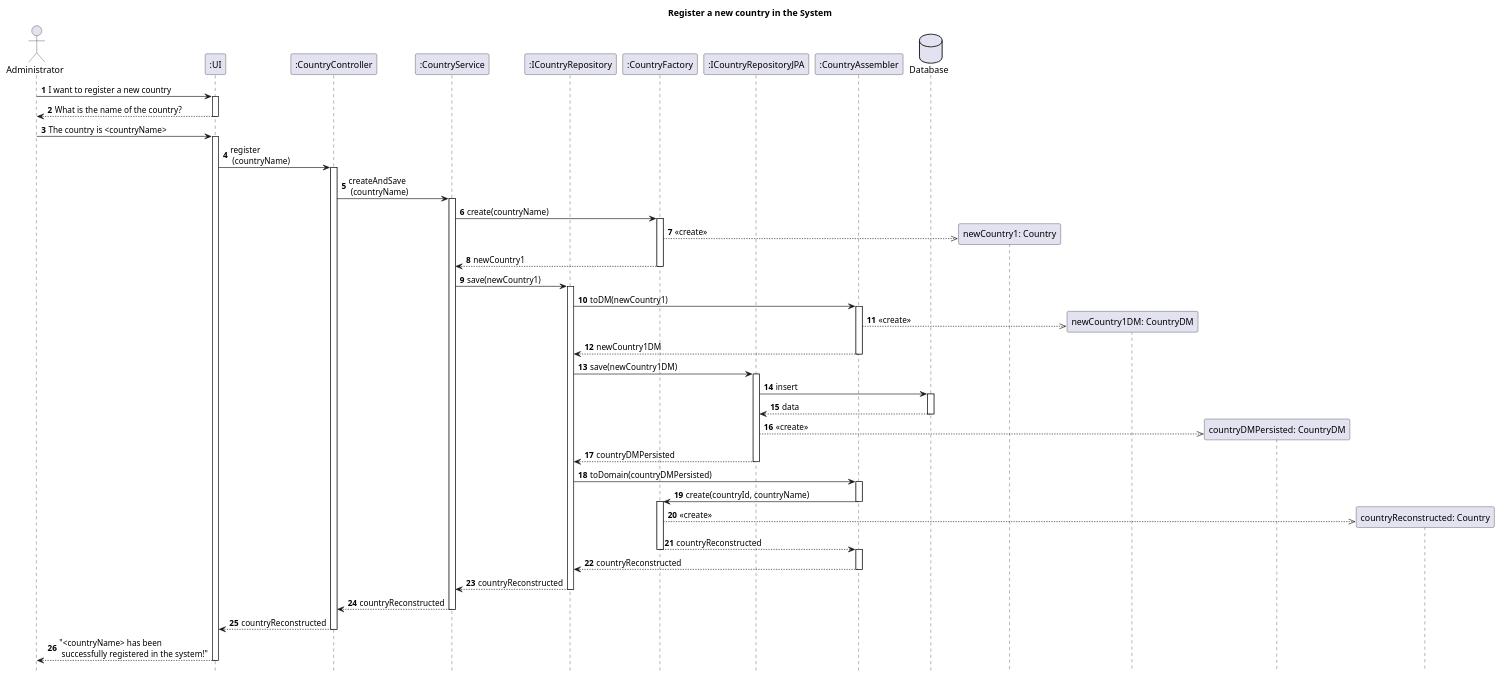
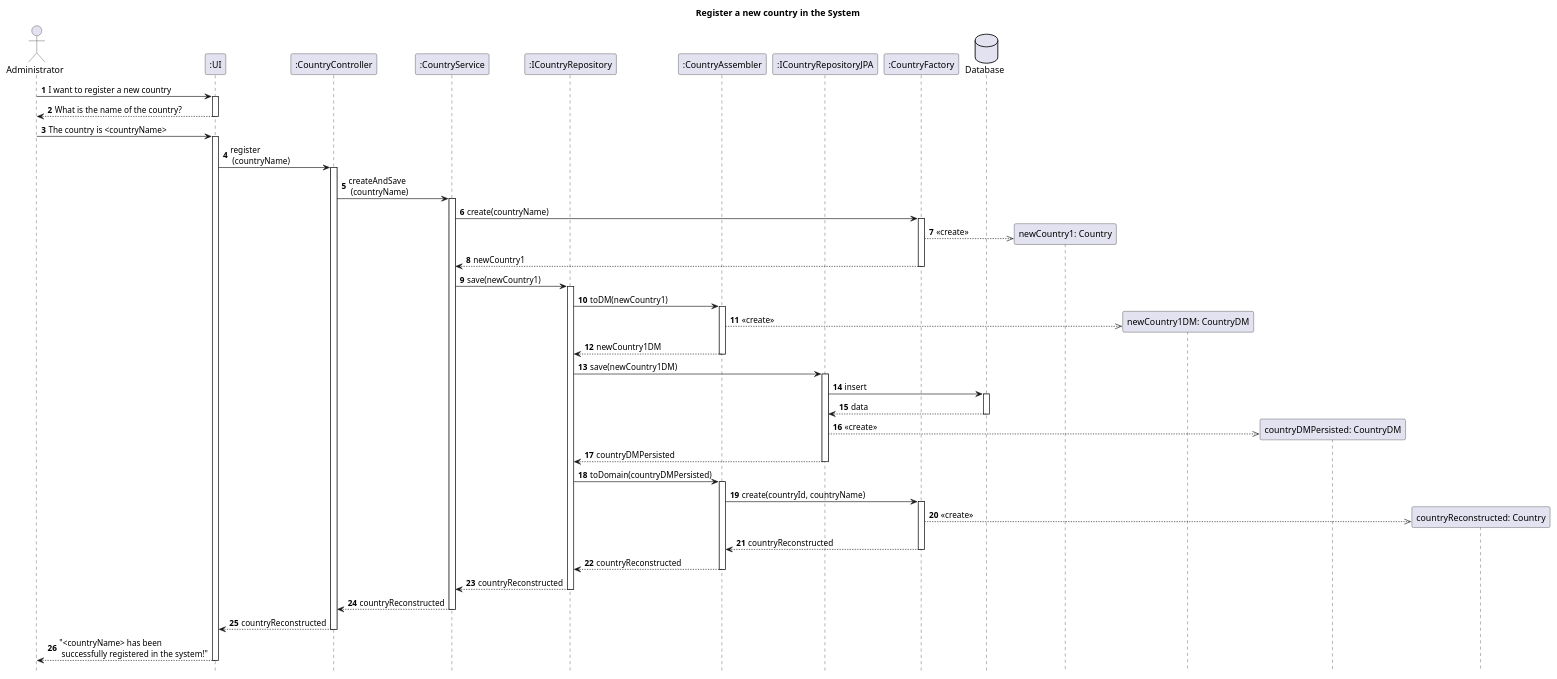
One commit to AndrePereiraGitH/SWitCH-Project-Team_A changed the diagram in Diagrams/SequenceDiagrams/N2/To-register-a-new-country-in-the-system.puml. Above: the diagram before and after it, drawn with PlantUML. The commit also changed 3 other files, not shown here.

```diff
--- a/Diagrams/SequenceDiagrams/N2/To-register-a-new-country-in-the-system.puml
+++ b/Diagrams/SequenceDiagrams/N2/To-register-a-new-country-in-the-system.puml
@@ -1,89 +1,88 @@
 @startuml
 
 footbox off
 
 title Register a new country in the System
 
 
 actor Administrator
 participant ":UI" as UI
 
 autonumber
 
 
 participant ":CountryController" as CountryController
 participant ":CountryService" as CountryService
 participant ":ICountryRepository" as ICountryRepository
+participant ":CountryAssembler" as Assembler
+participant ":ICountryRepositoryJPA" as JPA
 participant ":CountryFactory" as CountryFactory
-participant ":ICountryRepositoryJPA" as JPA
-participant ":CountryAssembler" as Assembler
+
 database "Database" as DB
 
 
 Administrator -> UI : I want to register a new country
 activate UI
 UI --> Administrator : What is the name of the country?
 deactivate UI
 
 Administrator -> UI : The country is <countryName>
 activate UI
 
 UI -> CountryController : register\n (countryName)
 activate CountryController
 
 
 CountryController -> CountryService : createAndSave\n (countryName)
 
 activate CountryService
 CountryService -> CountryFactory : create(countryName)
 
 activate CountryFactory
 create participant "newCountry1: Country" as Country
 CountryFactory -->> Country : «create»
 CountryFactory --> CountryService : newCountry1
 deactivate CountryFactory
 
 CountryService -> ICountryRepository : save(newCountry1)
 activate ICountryRepository
 ICountryRepository -> Assembler : toDM(newCountry1)
 activate Assembler
 create participant "newCountry1DM: CountryDM" as CountryDM
 Assembler -->> CountryDM : «create»
 Assembler --> ICountryRepository : newCountry1DM
 
 deactivate Assembler
 ICountryRepository -> JPA : save(newCountry1DM)
 activate JPA
 
 JPA -> DB : insert
 activate DB
 DB --> JPA : data
 deactivate DB
 create participant "countryDMPersisted: CountryDM" as CountryDMPersisted
 JPA -->> CountryDMPersisted : «create»
 JPA --> ICountryRepository : countryDMPersisted
 deactivate JPA
 ICountryRepository -> Assembler : toDomain(countryDMPersisted)
 activate Assembler
 Assembler -> CountryFactory : create(countryId, countryName)
-deactivate Assembler
 create participant "countryReconstructed: Country" as CountryReconstructed
 activate CountryFactory
 CountryFactory -->> CountryReconstructed : «create»
 CountryFactory --> Assembler : countryReconstructed
 deactivate CountryFactory
-activate Assembler
 Assembler --> ICountryRepository : countryReconstructed
 deactivate Assembler
 ICountryRepository --> CountryService : countryReconstructed
 deactivate ICountryRepository
 
 CountryService --> CountryController : countryReconstructed
 deactivate CountryService
 
 CountryController --> UI : countryReconstructed
 deactivate CountryController
 UI --> Administrator : "<countryName> has been\n successfully registered in the system!"
 deactivate UI
 
 @enduml
```
